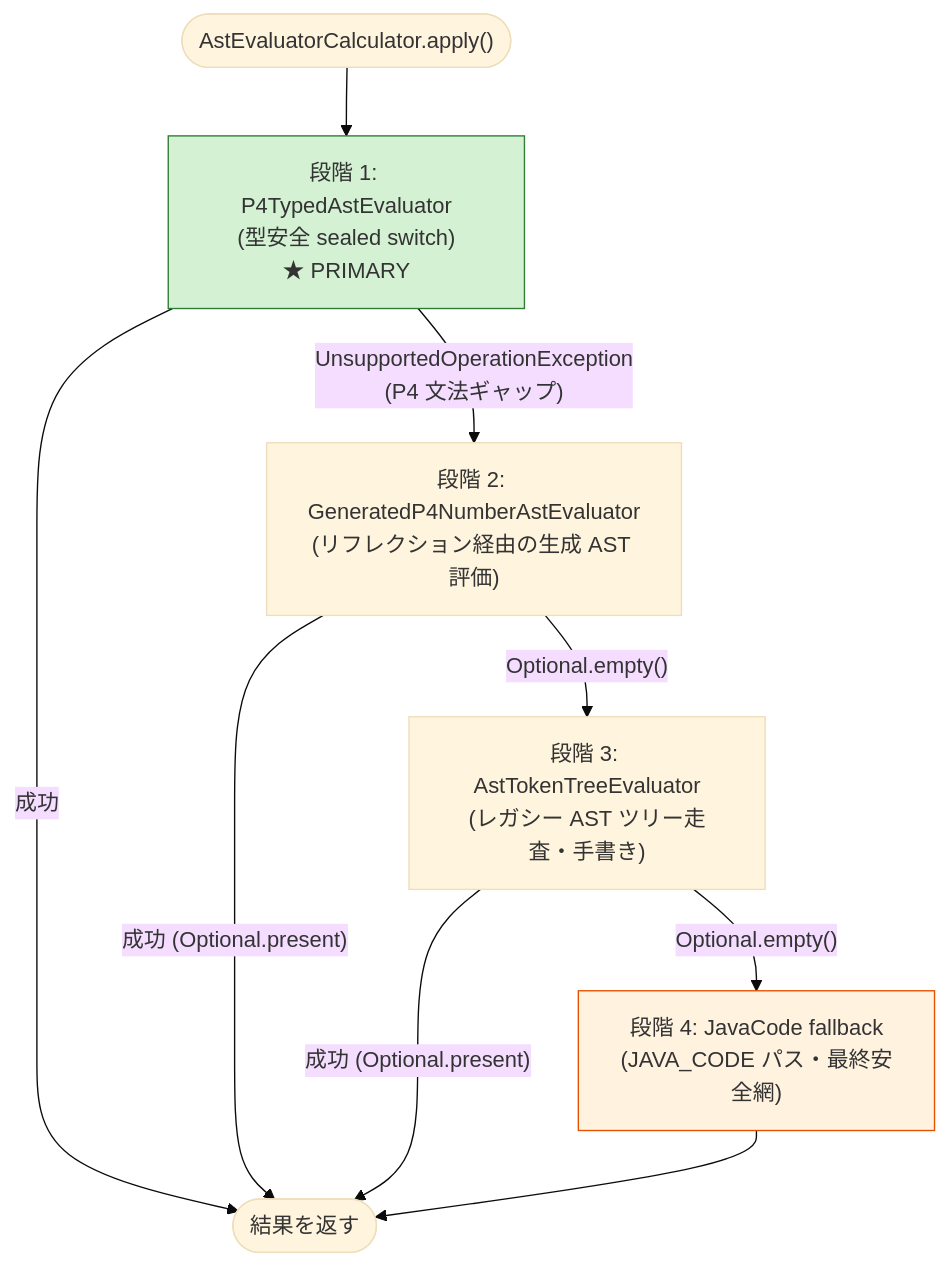
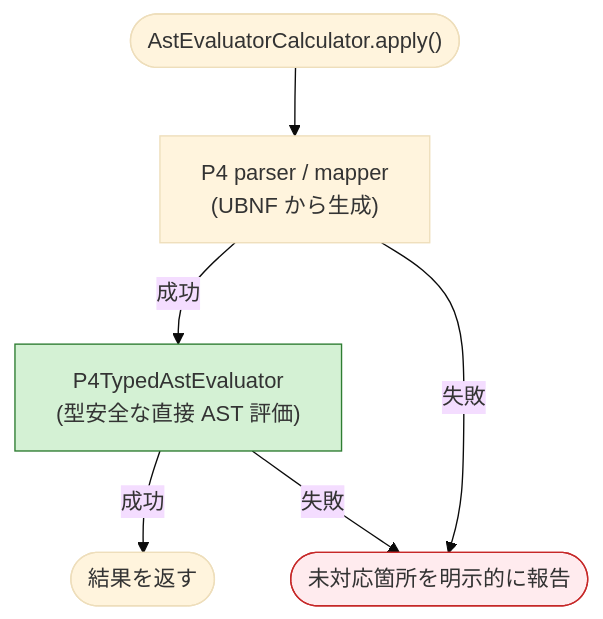
Before and after one commit to opaopa6969/tinyexpression: the second of 10 diagrams in spec/SPEC.md, drawn with Mermaid (base theme). The commit also changed other lines of this file and 21 other files, not shown here.

Commit message:
refactor: consume generated P4 AST directly

````diff
--- a/spec/SPEC.md
+++ b/spec/SPEC.md
@@ -679,22 +681,18 @@
 ```mermaid
 flowchart TD
     START(["AstEvaluatorCalculator.apply()"])
 
-    S1["段階 1: P4TypedAstEvaluator<br/>(型安全 sealed switch)<br/>★ PRIMARY"]
-    S2["段階 2: GeneratedP4NumberAstEvaluator<br/>(リフレクション経由の生成 AST 評価)"]
-    S3["段階 3: AstTokenTreeEvaluator<br/>(レガシー AST ツリー走査・手書き)"]
-    S4["段階 4: JavaCode fallback<br/>(JAVA_CODE パス・最終安全網)"]
+    S1["P4 parser / mapper<br/>(UBNF から生成)"]
+    S2["P4TypedAstEvaluator<br/>(型安全な直接 AST 評価)"]
     OK(["結果を返す"])
+    ERROR(["未対応箇所を明示的に報告"])
 
     START --> S1
-    S1 -->|"成功"| OK
-    S1 -->|"UnsupportedOperationException<br/>(P4 文法ギャップ)"| S2
-    S2 -->|"成功 (Optional.present)"| OK
-    S2 -->|"Optional.empty()"| S3
-    S3 -->|"成功 (Optional.present)"| OK
-    S3 -->|"Optional.empty()"| S4
-    S4 --> OK
+    S1 -->|"成功"| S2
+    S1 -->|"失敗"| ERROR
+    S2 -->|"成功"| OK
+    S2 -->|"失敗"| ERROR
 
-    style S1 fill:#d4f1d4,stroke:#2e7d32
-    style S4 fill:#fff3e0,stroke:#e65100
+    style S2 fill:#d4f1d4,stroke:#2e7d32
+    style ERROR fill:#ffebee,stroke:#c62828
 ```
````
